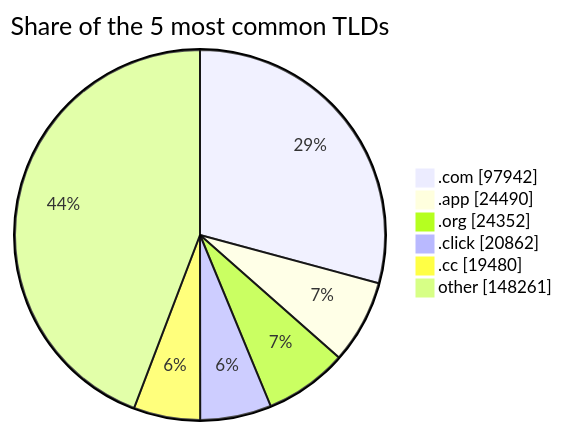
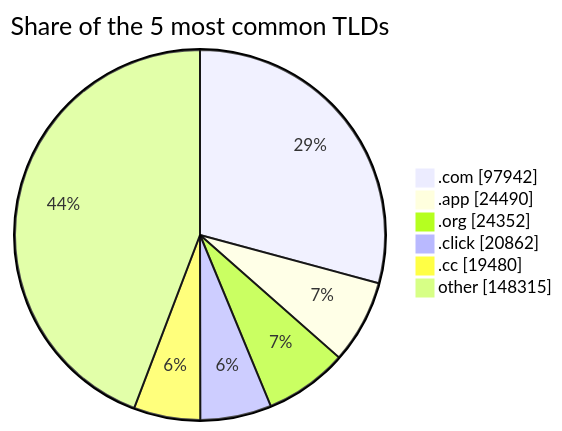
One commit to DNSBunker/CTI changed the third of 3 diagrams in README.md. Above: the diagram before and after it, drawn with Mermaid. The commit also changed other lines of this file and 4 other files, not shown here.

````diff
--- a/README.md
+++ b/README.md
@@ -81,9 +81,9 @@
 ```mermaid
 pie showData title Share of the 5 most common TLDs
     ".com" : 97942
     ".app" : 24490
     ".org" : 24352
     ".click" : 20862
     ".cc" : 19480
-    "other" : 148261
+    "other" : 148315
 ```
````
